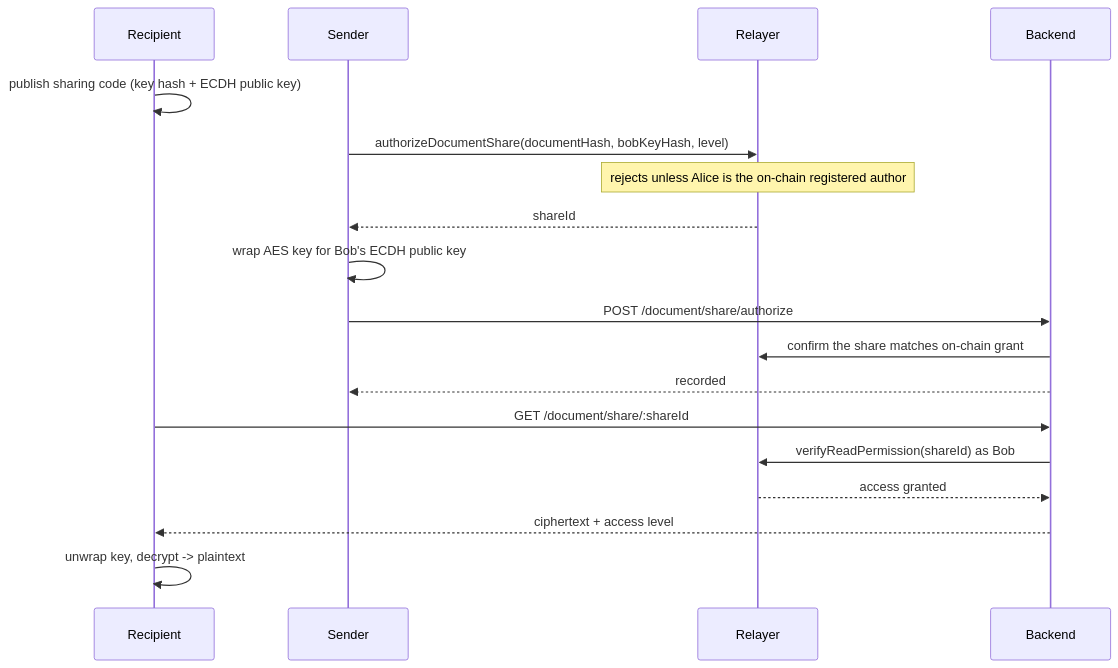
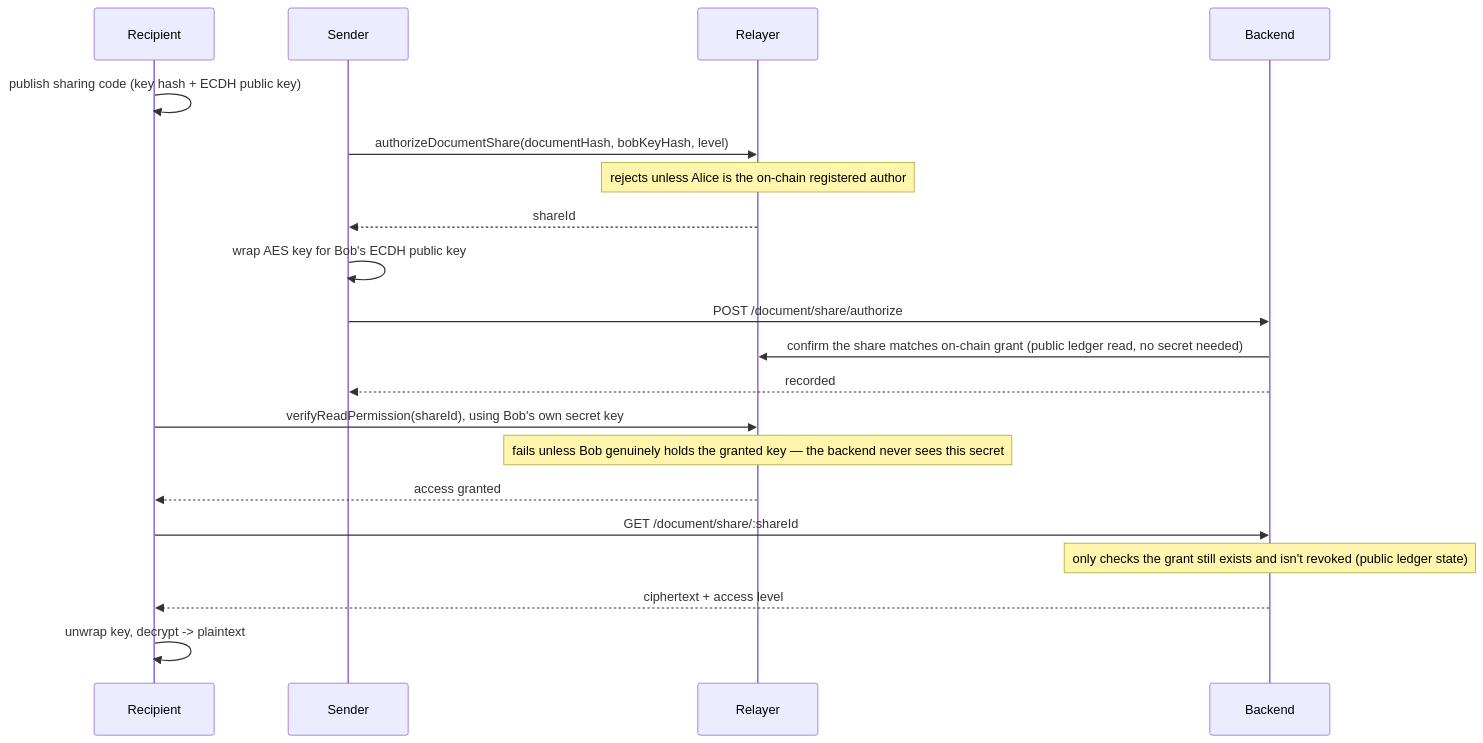
The fourth of 4 diagrams in README.md (Nanle-code/privatescroll), drawn with Mermaid before and after one commit. The commit also changed other lines of this file and 23 other files, not shown here.

````diff
--- a/README.md
+++ b/README.md
@@ -139,21 +143,23 @@
 ```mermaid
 sequenceDiagram
     participant Bob as Recipient
     participant Alice as Sender
     participant R as Relayer
     participant B as Backend
 
     Bob->>Bob: publish sharing code (key hash + ECDH public key)
     Alice->>R: authorizeDocumentShare(documentHash, bobKeyHash, level)
     Note over R: rejects unless Alice is the on-chain registered author
     R-->>Alice: shareId
     Alice->>Alice: wrap AES key for Bob's ECDH public key
     Alice->>B: POST /document/share/authorize
-    B->>R: confirm the share matches on-chain grant
+    B->>R: confirm the share matches on-chain grant (public ledger read, no secret needed)
     B-->>Alice: recorded
+    Bob->>R: verifyReadPermission(shareId), using Bob's own secret key
+    Note over R: fails unless Bob genuinely holds the granted key — the backend never sees this secret
+    R-->>Bob: access granted
     Bob->>B: GET /document/share/:shareId
-    B->>R: verifyReadPermission(shareId) as Bob
-    R-->>B: access granted
+    Note over B: only checks the grant still exists and isn't revoked (public ledger state)
     B-->>Bob: ciphertext + access level
     Bob->>Bob: unwrap key, decrypt -> plaintext
 ```
````
